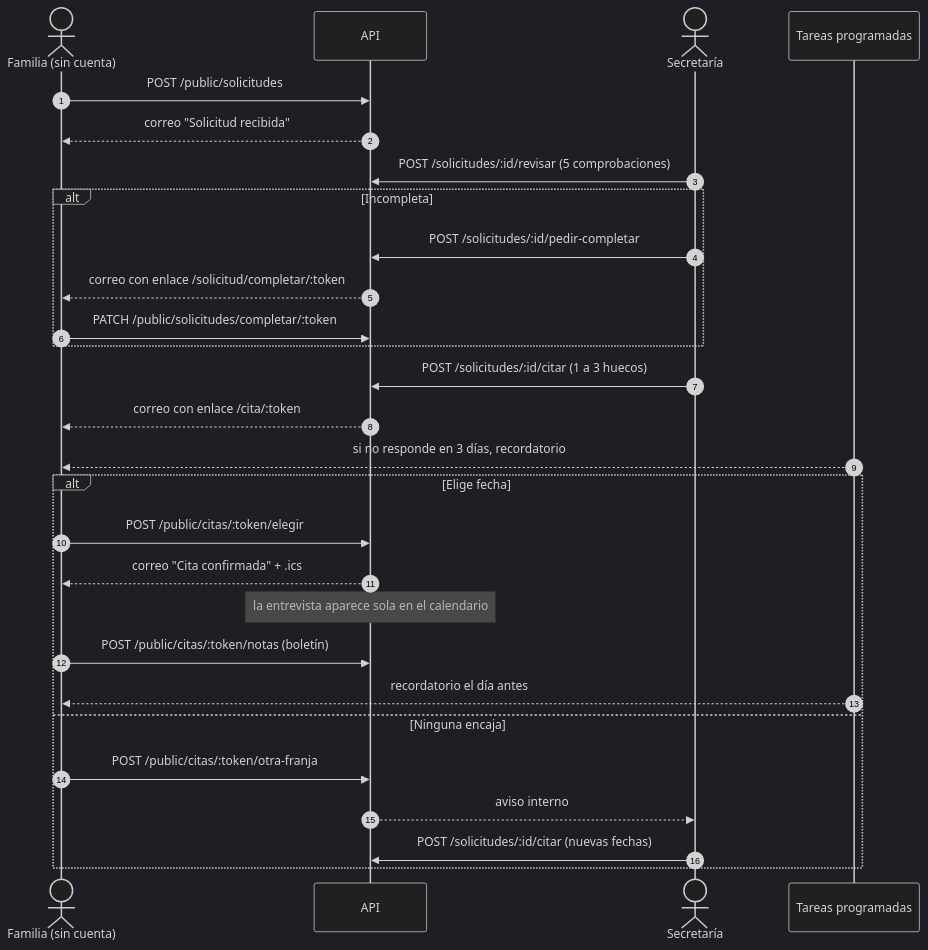
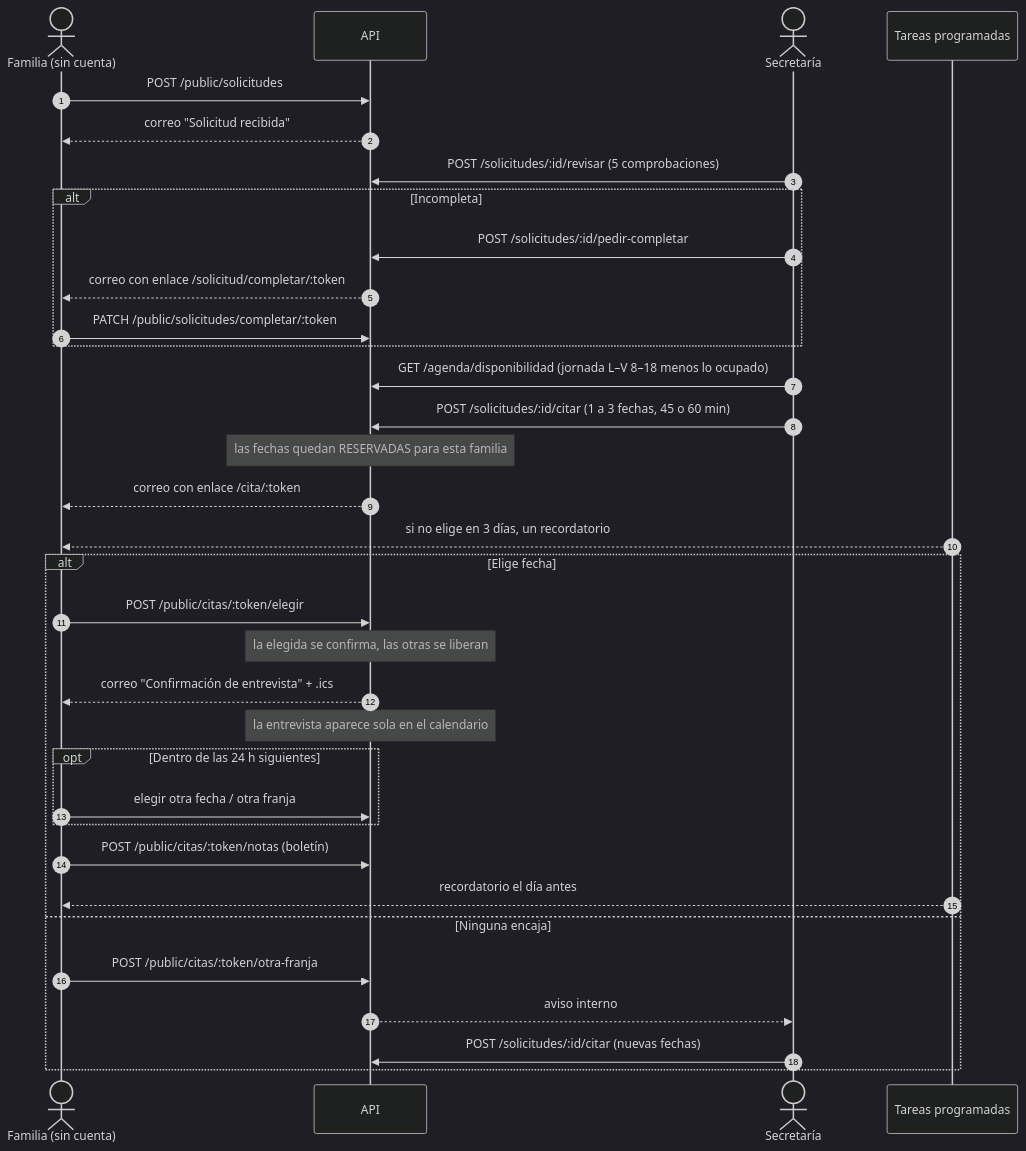
One commit to Ceroone-Technology/albaydar-api changed the first of 3 diagrams in docs/flujo-y-datos.md. Above: the diagram before and after it, drawn with Mermaid (dark theme). The commit also changed other lines of this file and 54 other files, not shown here.

First line of the commit message:
Roles y permisos, agenda por jornada, plantillas de correo editables

````diff
--- a/docs/flujo-y-datos.md
+++ b/docs/flujo-y-datos.md
@@ -7,31 +7,37 @@
 ```mermaid
 sequenceDiagram
   autonumber
   actor F as Familia (sin cuenta)
   participant API
   actor S as Secretaría
   participant W as Tareas programadas
 
   F->>API: POST /public/solicitudes
   API-->>F: correo "Solicitud recibida"
   S->>API: POST /solicitudes/:id/revisar (5 comprobaciones)
   alt Incompleta
     S->>API: POST /solicitudes/:id/pedir-completar
     API-->>F: correo con enlace /solicitud/completar/:token
     F->>API: PATCH /public/solicitudes/completar/:token
   end
-  S->>API: POST /solicitudes/:id/citar (1 a 3 huecos)
+  S->>API: GET /agenda/disponibilidad (jornada L–V 8–18 menos lo ocupado)
+  S->>API: POST /solicitudes/:id/citar (1 a 3 fechas, 45 o 60 min)
+  Note over API: las fechas quedan RESERVADAS para esta familia
   API-->>F: correo con enlace /cita/:token
-  W-->>F: si no responde en 3 días, recordatorio
+  W-->>F: si no elige en 3 días, un recordatorio
   alt Elige fecha
     F->>API: POST /public/citas/:token/elegir
-    API-->>F: correo "Cita confirmada" + .ics
+    Note over API: la elegida se confirma, las otras se liberan
+    API-->>F: correo "Confirmación de entrevista" + .ics
     Note over API: la entrevista aparece sola en el calendario
+    opt Dentro de las 24 h siguientes
+      F->>API: elegir otra fecha / otra franja
+    end
     F->>API: POST /public/citas/:token/notas (boletín)
     W-->>F: recordatorio el día antes
   else Ninguna encaja
     F->>API: POST /public/citas/:token/otra-franja
     API-->>S: aviso interno
     S->>API: POST /solicitudes/:id/citar (nuevas fechas)
   end
 ```
````
